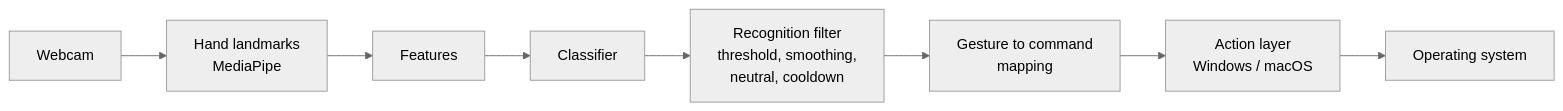
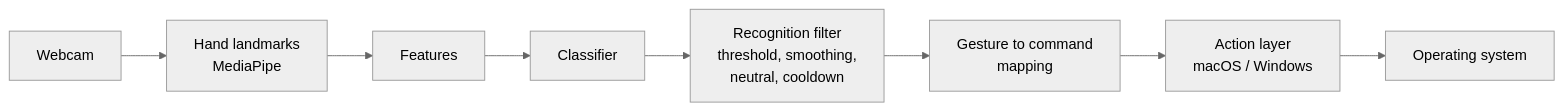
Before and after one commit to harsha7777777/Gestureflow-Ai: the diagram in README.md, drawn with Mermaid (neutral theme). The commit also changed other lines of this file and 8 other files, not shown here.

First line of the commit message:
Make macOS the primary OS and Windows the second target

````diff
--- a/README.md
+++ b/README.md
@@ -67,10 +68,10 @@
 ```mermaid
 flowchart LR
     A[Webcam] --> B[Hand landmarks<br/>MediaPipe]
     B --> C[Features]
     C --> D[Classifier]
     D --> E[Recognition filter<br/>threshold, smoothing,<br/>neutral, cooldown]
     E --> F[Gesture to command<br/>mapping]
-    F --> G[Action layer<br/>Windows / macOS]
+    F --> G[Action layer<br/>macOS / Windows]
     G --> H[Operating system]
 ```
````
